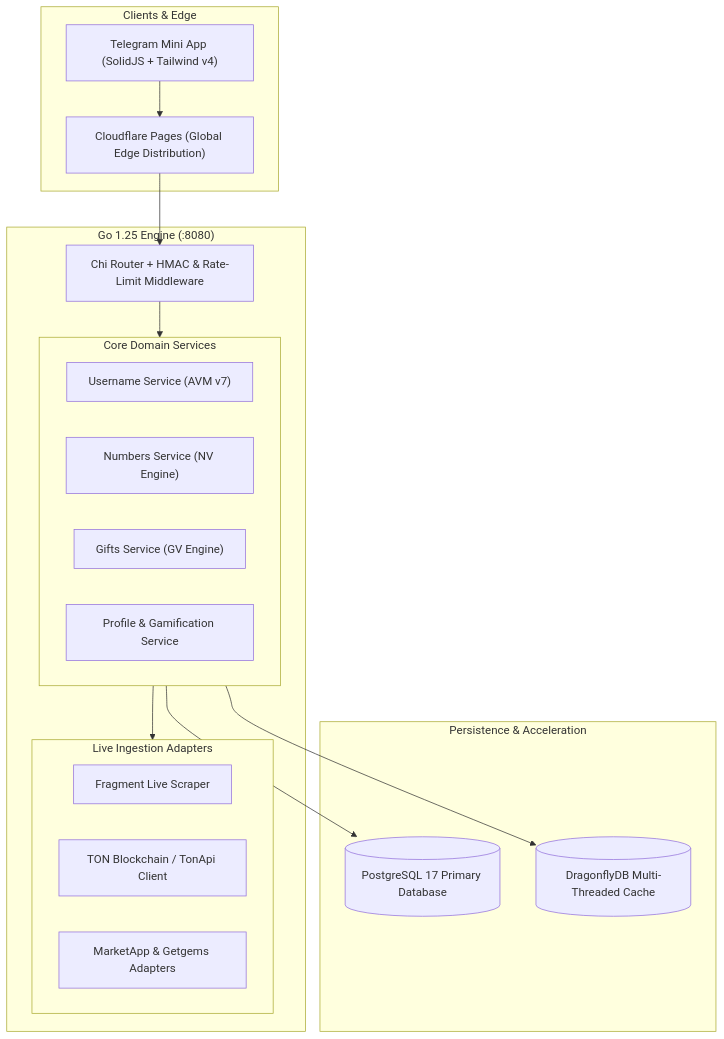
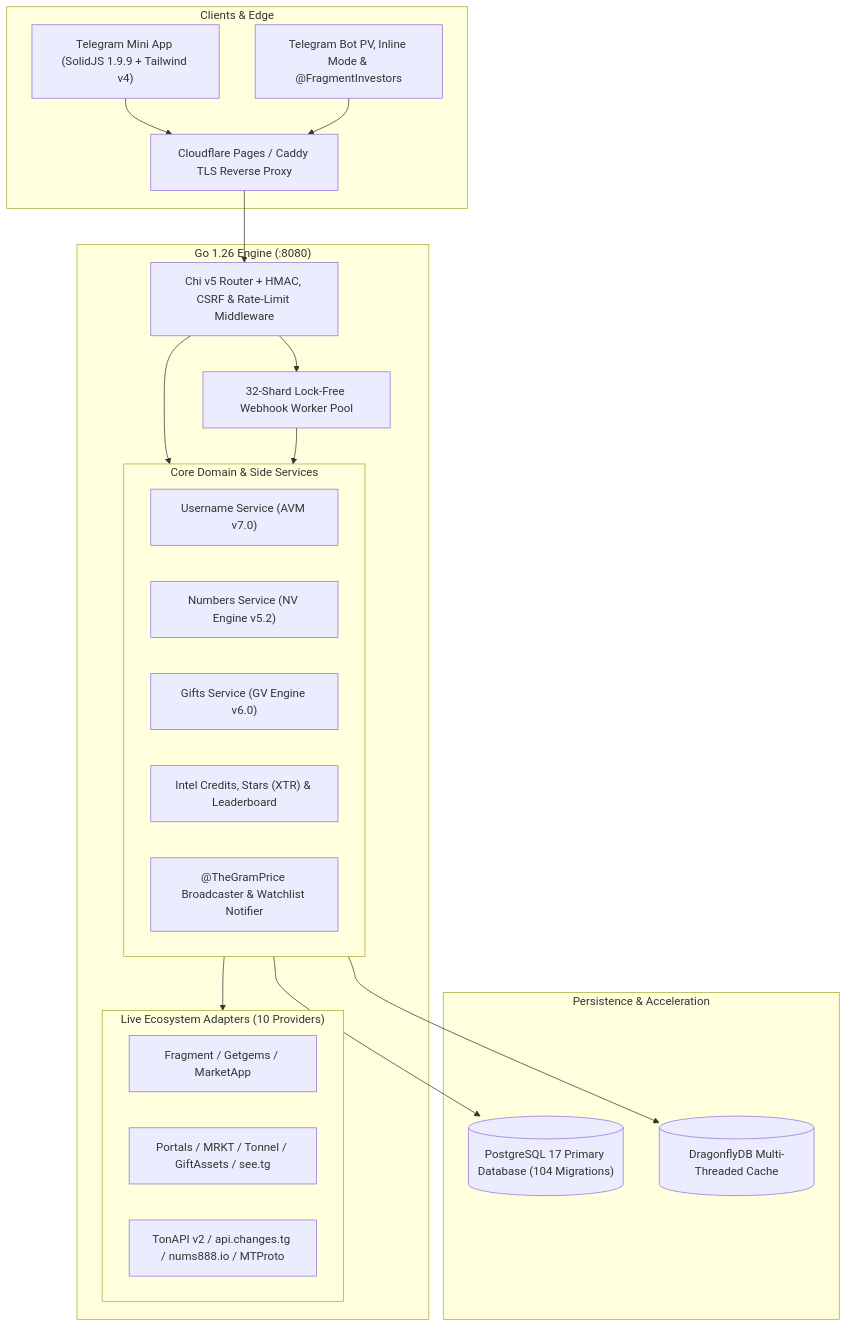
Before and after one commit to SeyyedYousef/iFragment: the diagram in README.md, drawn with Mermaid. The commit also changed other lines of this file and 163 other files, not shown here.

Commit message:
feat: upgrade to v2.0.0 from iFragmentBot with stability and build fixes

````diff
--- a/README.md
+++ b/README.md
@@ -79,36 +91,38 @@
 ```mermaid
 flowchart TD
     subgraph Clients["Clients & Edge"]
-        TMA["Telegram Mini App (SolidJS + Tailwind v4)"]
-        CF["Cloudflare Pages (Global Edge Distribution)"]
+        TMA["Telegram Mini App (SolidJS 1.9.9 + Tailwind v4)"]
+        BOT["Telegram Bot PV, Inline Mode & @FragmentInvestors"]
+        CF["Cloudflare Pages / Caddy TLS Reverse Proxy"]
     end
 
-    subgraph CoreBackend["Go 1.25 Engine (:8080)"]
-        Router["Chi Router + HMAC & Rate-Limit Middleware"]
-        
-        subgraph Services["Core Domain Services"]
-            US["Username Service (AVM v7)"]
-            NS["Numbers Service (NV Engine)"]
-            GS["Gifts Service (GV Engine)"]
-            PS["Profile & Gamification Service"]
+    subgraph CoreBackend["Go 1.26 Engine (:8080)"]
+        Router["Chi v5 Router + HMAC, CSRF & Rate-Limit Middleware"]
+        Shards["32-Shard Lock-Free Webhook Worker Pool"]
+
+        subgraph Services["Core Domain & Side Services"]
+            US["Username Service (AVM v7.0)"]
+            NS["Numbers Service (NV Engine v5.2)"]
+            GS["Gifts Service (GV Engine v6.0)"]
+            IC["Intel Credits, Stars (XTR) & Leaderboard"]
+            GB["@TheGramPrice Broadcaster & Watchlist Notifier"]
         end
 
-        subgraph Ingestion["Live Ingestion Adapters"]
-            FRAG["Fragment Live Scraper"]
-            TONC["TON Blockchain / TonApi Client"]
-            MARK["MarketApp & Getgems Adapters"]
+        subgraph Ingestion["Live Ecosystem Adapters (10 Providers)"]
+            FRAG["Fragment / Getgems / MarketApp"]
+            PORT["Portals / MRKT / Tonnel / GiftAssets / see.tg"]
+            TONC["TonAPI v2 / api.changes.tg / nums888.io / MTProto"]
         end
     end
 
     subgraph DataStorage["Persistence & Acceleration"]
-        PG[("PostgreSQL 17 Primary Database")]
+        PG[("PostgreSQL 17 Primary Database (104 Migrations)")]
         DF[("DragonflyDB Multi-Threaded Cache")]
     end
 
-    TMA --> CF
-    CF --> Router
-    Router --> Services
+    TMA & BOT --> CF --> Router
+    Router --> Shards & Services
+    Shards --> Services
     Services --> Ingestion
-    Services --> DF
-    Services --> PG
+    Services --> DF & PG
 ```
````
